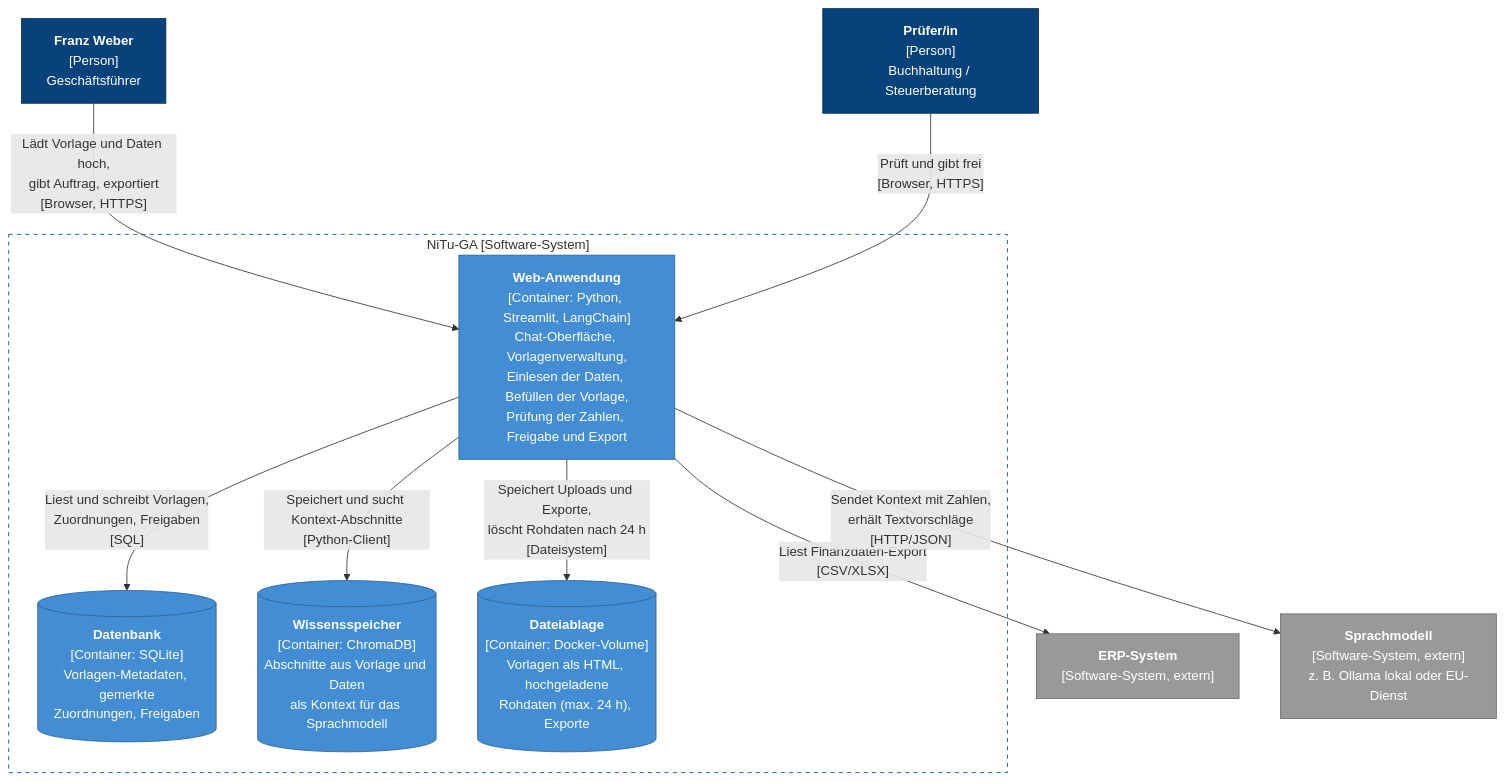
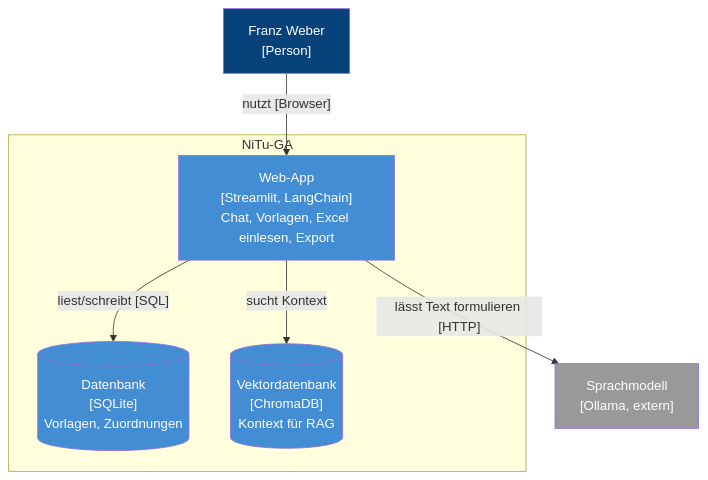
One commit to Nicopy17/NiTu-GA changed the diagram in docs/architecture/c4/container.md. Above: the diagram before and after it, drawn with Mermaid. The commit also changed other lines of this file and 16 other files, not shown here.

````diff
--- a/docs/architecture/c4/container.md
+++ b/docs/architecture/c4/container.md
@@ -6,31 +3,22 @@
 ```mermaid
 flowchart TB
-    franz["<b>Franz Weber</b><br/>[Person]<br/>Geschäftsführer"]
-    pruefer["<b>Prüfer/in</b><br/>[Person]<br/>Buchhaltung / Steuerberatung"]
+    franz["Franz Weber<br/>[Person]"]
+    subgraph nitu["NiTu-GA"]
+        web["Web-App<br/>[Streamlit, LangChain]<br/>Chat, Vorlagen, Excel einlesen, Export"]
+        db[("Datenbank<br/>[SQLite]<br/>Vorlagen, Zuordnungen")]
+        vec[("Vektordatenbank<br/>[ChromaDB]<br/>Kontext für RAG")]
+    end
+    llm["Sprachmodell<br/>[Ollama, extern]"]
 
-    subgraph nitu["NiTu-GA [Software-System]"]
-        web["<b>Web-Anwendung</b><br/>[Container: Python, Streamlit, LangChain]<br/>Chat-Oberfläche, Vorlagenverwaltung,<br/>Einlesen der Daten, Befüllen der Vorlage,<br/>Prüfung der Zahlen, Freigabe und Export"]
-        db[("<b>Datenbank</b><br/>[Container: SQLite]<br/>Vorlagen-Metadaten, gemerkte<br/>Zuordnungen, Freigaben")]
-        vec[("<b>Wissensspeicher</b><br/>[Container: ChromaDB]<br/>Abschnitte aus Vorlage und Daten<br/>als Kontext für das Sprachmodell")]
-        files[("<b>Dateiablage</b><br/>[Container: Docker-Volume]<br/>Vorlagen als HTML, hochgeladene<br/>Rohdaten (max. 24 h), Exporte")]
-    end
+    franz -- "nutzt [Browser]" --> web
+    web -- "liest/schreibt [SQL]" --> db
+    web -- "sucht Kontext" --> vec
+    web -- "lässt Text formulieren [HTTP]" --> llm
 
-    erp["<b>ERP-System</b><br/>[Software-System, extern]"]
-    llm["<b>Sprachmodell</b><br/>[Software-System, extern]<br/>z. B. Ollama lokal oder EU-Dienst"]
-
-    franz -- "Lädt Vorlage und Daten hoch,<br/>gibt Auftrag, exportiert<br/>[Browser, HTTPS]" --> web
-    pruefer -- "Prüft und gibt frei<br/>[Browser, HTTPS]" --> web
-    web -- "Liest und schreibt Vorlagen,<br/>Zuordnungen, Freigaben<br/>[SQL]" --> db
-    web -- "Speichert und sucht Kontext-Abschnitte<br/>[Python-Client]" --> vec
-    web -- "Speichert Uploads und Exporte,<br/>löscht Rohdaten nach 24 h<br/>[Dateisystem]" --> files
-    web -- "Liest Finanzdaten-Export<br/>[CSV/XLSX]" --> erp
-    web -- "Sendet Kontext mit Zahlen,<br/>erhält Textvorschläge<br/>[HTTP/JSON]" --> llm
-
-    classDef person fill:#08427b,stroke:#052e56,color:#fff
-    classDef container fill:#438dd5,stroke:#2e6295,color:#fff
-    classDef external fill:#999999,stroke:#6b6b6b,color:#fff
-    class franz,pruefer person
-    class web,db,vec,files container
-    class erp,llm external
-    style nitu fill:none,stroke:#0b4884,stroke-dasharray:5 5
+    classDef person fill:#08427b,color:#fff
+    classDef cont fill:#438dd5,color:#fff
+    classDef ext fill:#999,color:#fff
+    class franz person
+    class web,db,vec cont
+    class llm ext
 ```
````
